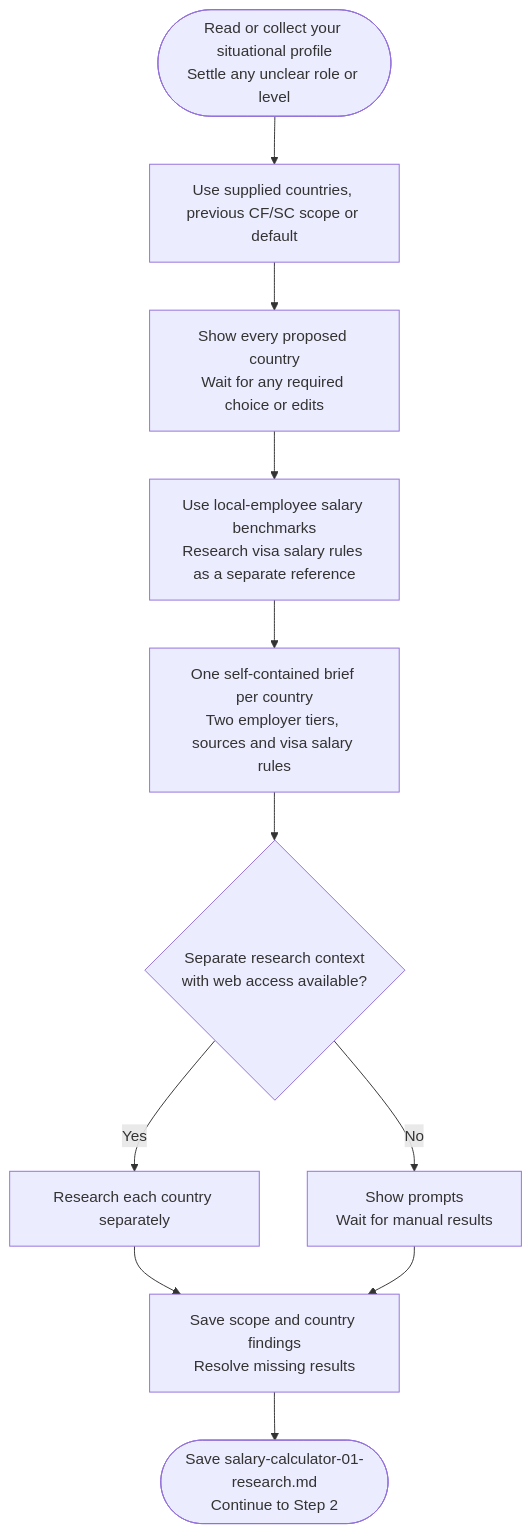
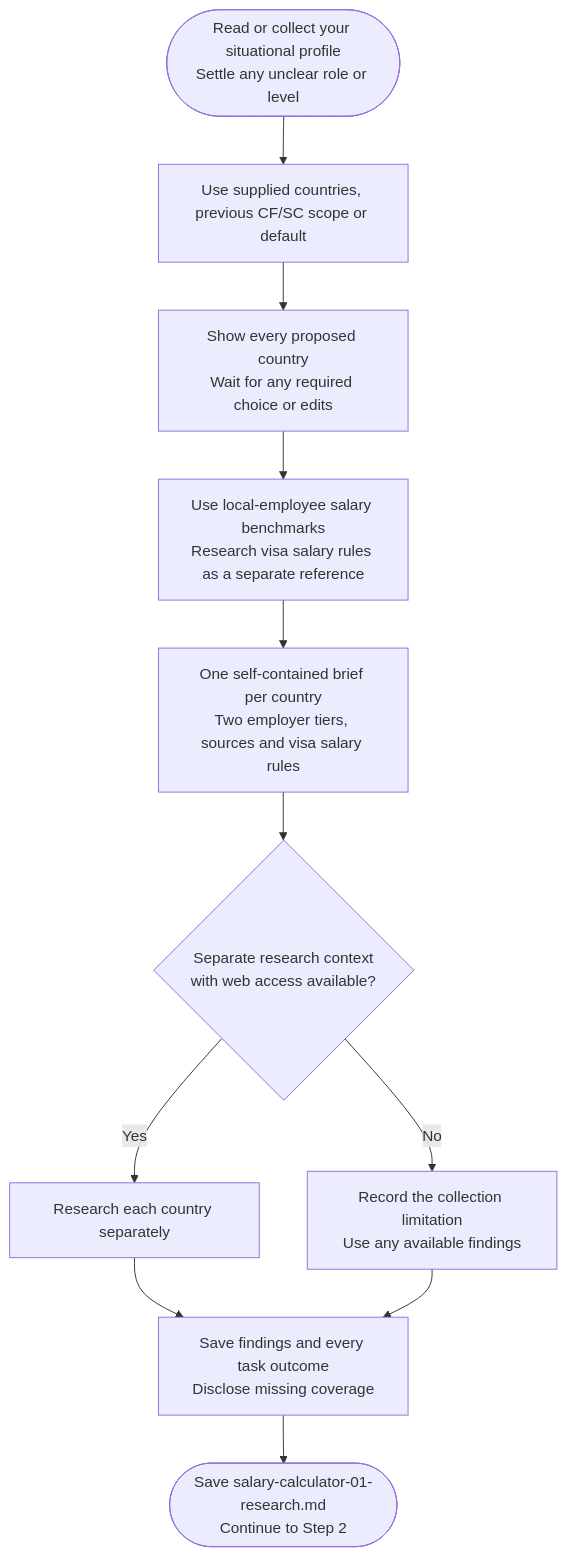
The diagram in docs/commands/salary-calculator/step1-research-prompt-generator/detailed.md (myowinthein/agent-compass), drawn with Mermaid before and after one commit. The commit also changed other lines of this file and 25 other files, not shown here.

````diff
--- a/docs/commands/salary-calculator/step1-research-prompt-generator/detailed.md
+++ b/docs/commands/salary-calculator/step1-research-prompt-generator/detailed.md
@@ -26,13 +26,13 @@
 ```mermaid
 flowchart TD
   Start(["Read or collect your situational profile<br/>Settle any unclear role or level"]) --> Countries["Use supplied countries, previous CF/SC scope or default"]
   Countries --> Confirm["Show every proposed country<br/>Wait for any required choice or edits"]
   Confirm --> Scope["Use local-employee salary benchmarks<br/>Research visa salary rules as a separate reference"]
   Scope --> Brief["One self-contained brief per country<br/>Two employer tiers, sources and visa salary rules"]
   Brief --> Cap{"Separate research context<br/>with web access available?"}
   Cap -->|Yes| Tasks["Research each country separately"]
-  Cap -->|No| Manual["Show prompts<br/>Wait for manual results"]
-  Tasks --> Collect["Save scope and country findings<br/>Resolve missing results"]
+  Cap -->|No| Manual["Record the collection limitation<br/>Use any available findings"]
+  Tasks --> Collect["Save findings and every task outcome<br/>Disclose missing coverage"]
   Manual --> Collect
   Collect --> Next(["Save salary-calculator-01-research.md<br/>Continue to Step 2"])
 ```
````
